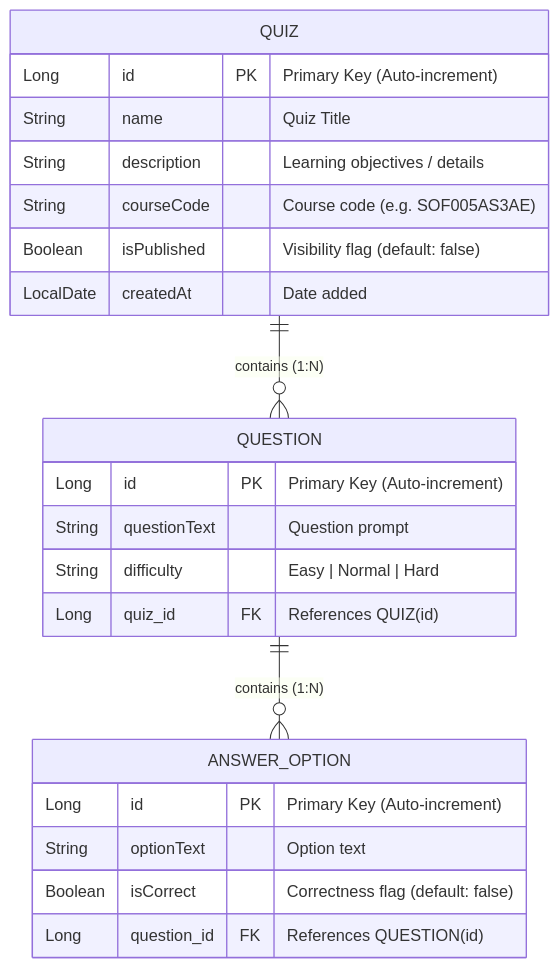
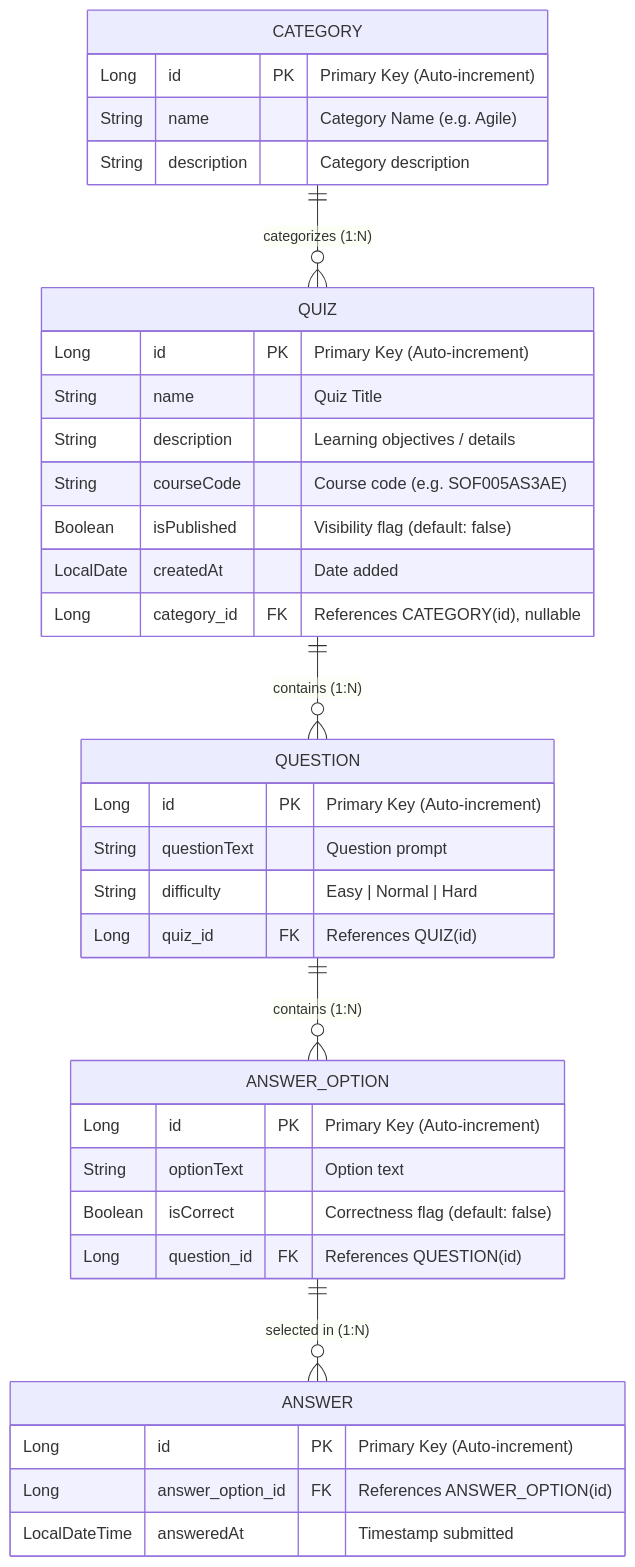
The diagram in PROJECT_SPEC.md (Team-DevElite/Quiz-Software), drawn with Mermaid before and after one commit. The commit also changed other lines of this file and 2 other files, not shown here.

````diff
--- a/PROJECT_SPEC.md
+++ b/PROJECT_SPEC.md
@@ -17,28 +17,43 @@
 ```mermaid
 erDiagram
+    CATEGORY ||--o{ QUIZ : "categorizes (1:N)"
     QUIZ ||--o{ QUESTION : "contains (1:N)"
     QUESTION ||--o{ ANSWER_OPTION : "contains (1:N)"
+    ANSWER_OPTION ||--o{ ANSWER : "selected in (1:N)"
+
+    CATEGORY {
+        Long id PK "Primary Key (Auto-increment)"
+        String name "Category Name (e.g. Agile)"
+        String description "Category description"
+    }
 
     QUIZ {
         Long id PK "Primary Key (Auto-increment)"
         String name "Quiz Title"
         String description "Learning objectives / details"
         String courseCode "Course code (e.g. SOF005AS3AE)"
         Boolean isPublished "Visibility flag (default: false)"
         LocalDate createdAt "Date added"
+        Long category_id FK "References CATEGORY(id), nullable"
     }
 
     QUESTION {
         Long id PK "Primary Key (Auto-increment)"
         String questionText "Question prompt"
         String difficulty "Easy | Normal | Hard"
         Long quiz_id FK "References QUIZ(id)"
     }
 
     ANSWER_OPTION {
         Long id PK "Primary Key (Auto-increment)"
         String optionText "Option text"
         Boolean isCorrect "Correctness flag (default: false)"
         Long question_id FK "References QUESTION(id)"
     }
+
+    ANSWER {
+        Long id PK "Primary Key (Auto-increment)"
+        Long answer_option_id FK "References ANSWER_OPTION(id)"
+        LocalDateTime answeredAt "Timestamp submitted"
+    }
 ```
````
